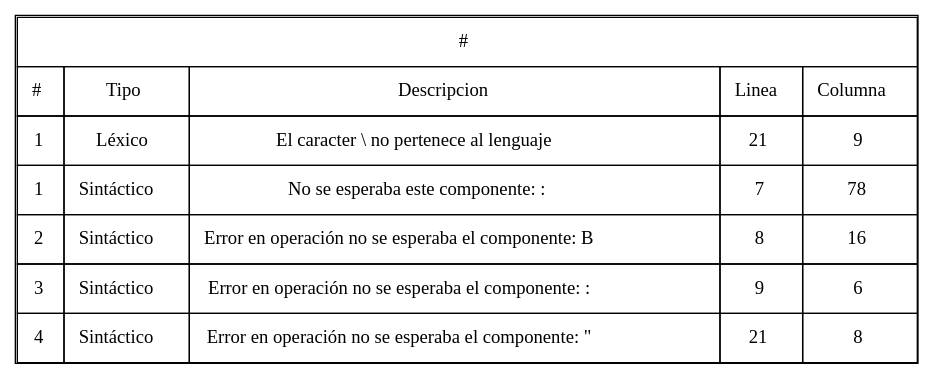
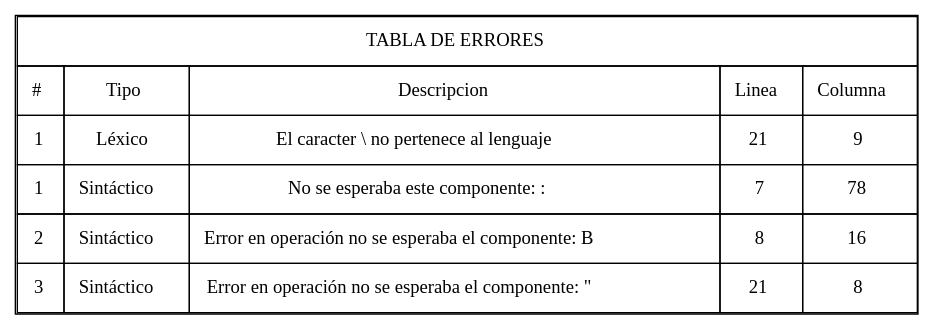
The diagram in [OLC1]201903872_Proyecto1/ERRORES_201903872/conjunto.olc.dot (AaronGMG2000/-OLC1-Proyecto1), drawn with Graphviz before and after one commit. The commit also changed 12 other files, not shown here.

```diff
--- a/[OLC1]201903872_Proyecto1/ERRORES_201903872/conjunto.olc.dot
+++ b/[OLC1]201903872_Proyecto1/ERRORES_201903872/conjunto.olc.dot
@@ -1,53 +1,46 @@
 digraph grafica{
 rankdir=TB;
 forcelabels= true;
 node [shape = plain];
 TABLA [label = <<table border = '1' cellboder = '1' cellspacing='0' cellpadding='10'>
 <tr>
-<td COLSPAN = '5'>#</td>
+<td COLSPAN = '5'>TABLA DE ERRORES</td>
 </tr>
 <tr>
 <td>#</td>
 <td>Tipo</td>
 <td>Descripcion</td>
 <td>Linea</td>
 <td>Columna</td>
 </tr>
 <tr>
 <td>1</td>
 <td>Léxico</td>
 <td>El caracter \ no pertenece al lenguaje</td>
 <td>21</td>
 <td>9</td>
 </tr>
 <tr>
 <td>1</td>
 <td>Sintáctico</td>
 <td>No se esperaba este componente: :</td>
 <td>7</td>
 <td>78</td>
 </tr>
 <tr>
 <td>2</td>
 <td>Sintáctico</td>
 <td>Error en operación no se esperaba el componente: B</td>
 <td>8</td>
 <td>16</td>
 </tr>
 <tr>
 <td>3</td>
 <td>Sintáctico</td>
-<td>Error en operación no se esperaba el componente: :</td>
-<td>9</td>
-<td>6</td>
-</tr>
-<tr>
-<td>4</td>
-<td>Sintáctico</td>
 <td>Error en operación no se esperaba el componente: "</td>
 <td>21</td>
 <td>8</td>
 </tr>
 </table>>];
 
 }
```
